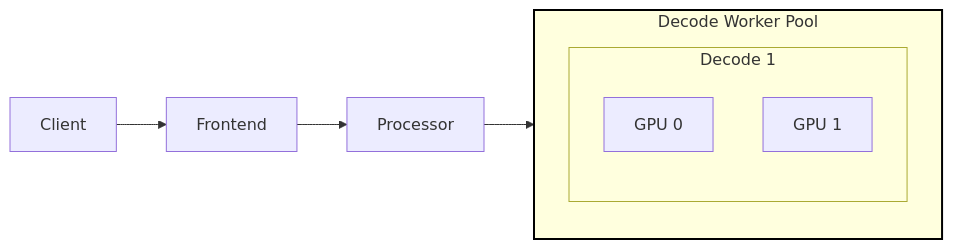
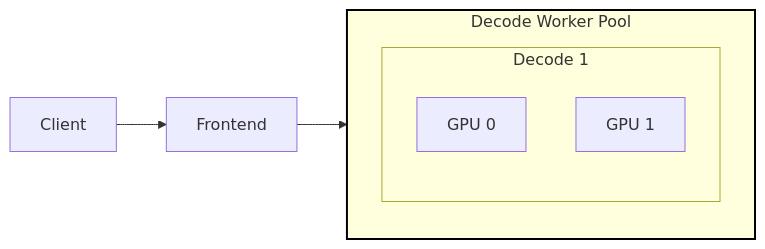
Before and after one commit to vickiegpt/dynamo: the second of 5 diagrams in tests/fault_tolerance/deploy/README.md, drawn with Mermaid. The commit also changed other lines of this file and 2 other files, not shown here.

````diff
--- a/tests/fault_tolerance/deploy/README.md
+++ b/tests/fault_tolerance/deploy/README.md
@@ -193,23 +214,21 @@
 ```mermaid
 graph LR
     Client["Client"]
     Frontend["Frontend"]
-    Processor["Processor"]
 
     Client --> Frontend
-    Frontend --> Processor
-    Processor --> DecodePool
+    Frontend --> DecodePool
 
     %% Decode Worker Pool (vertical layout)
     subgraph DecodePool["Decode Worker Pool"]
         direction TB
         subgraph Decode1["Decode 1"]
             direction TB
             D1GPU0["GPU 0"]
             D1GPU1["GPU 1"]
         end
     end
 
     %% Styling
     style DecodePool stroke:#000,stroke-width:2px
 ```
````
